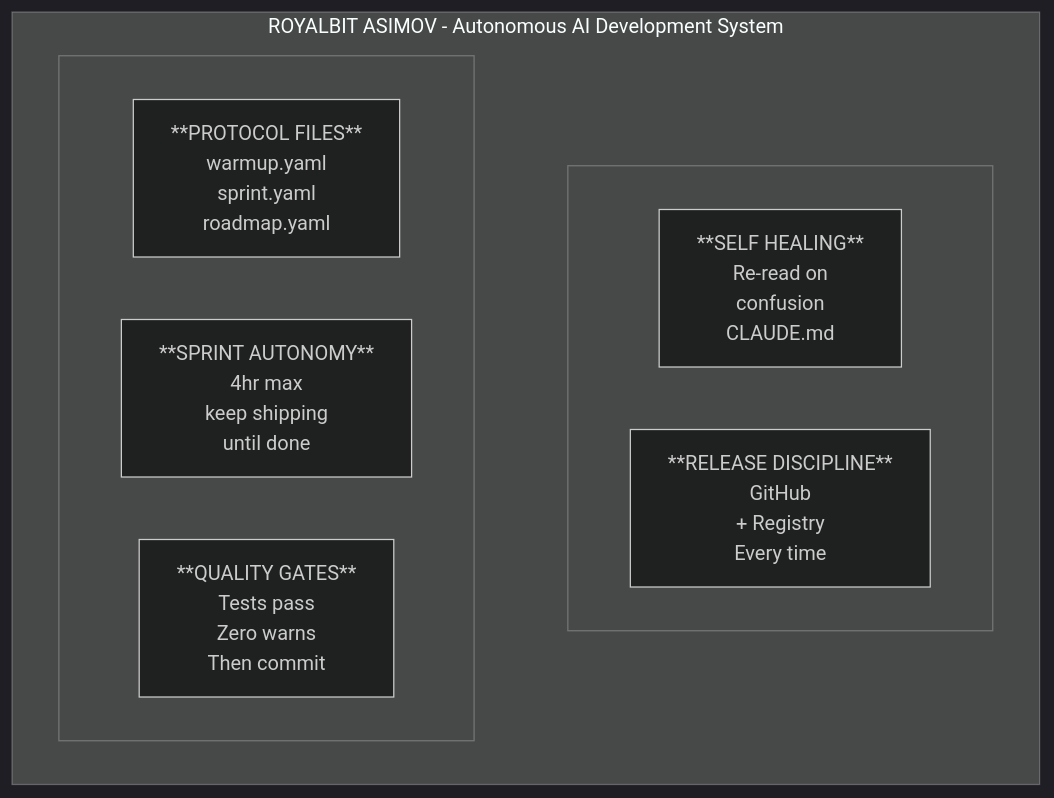
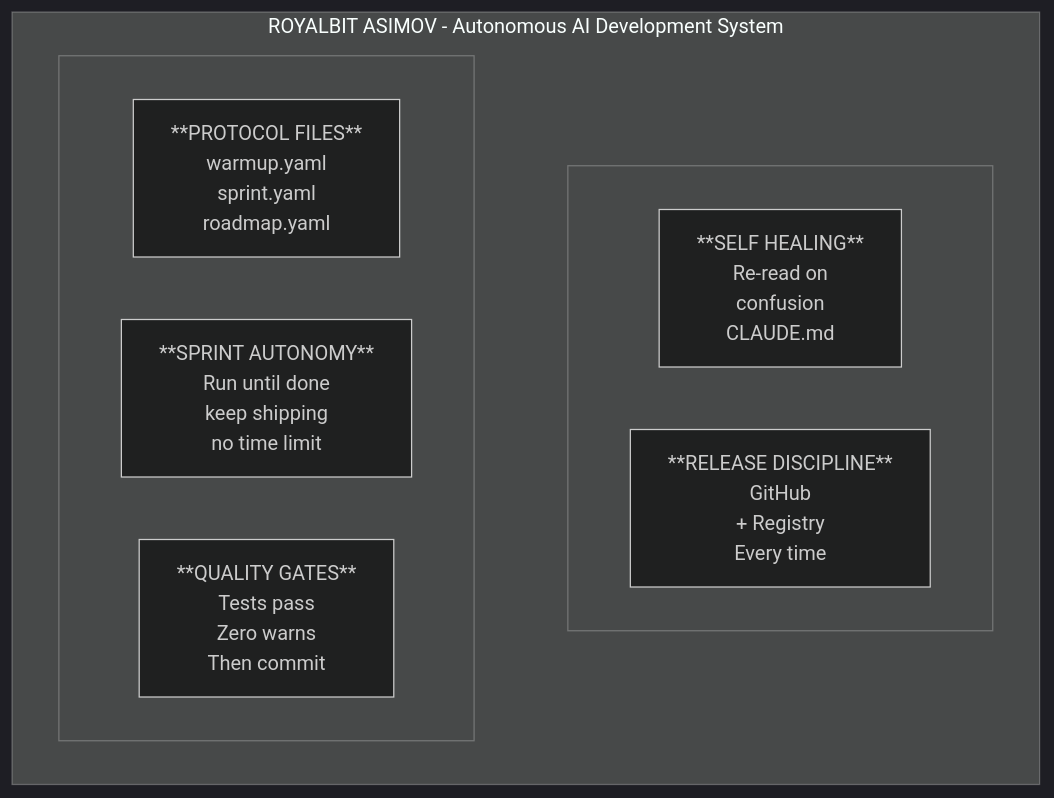
One commit to royalbit/asimov changed the first of 4 diagrams in docs/SPECIFICATION.md. Above: the diagram before and after it, drawn with Mermaid (dark theme). The commit also changed other lines of this file and 43 other files, not shown here.

````diff
--- a/docs/SPECIFICATION.md
+++ b/docs/SPECIFICATION.md
@@ -120,17 +120,17 @@
 ```mermaid
 flowchart TB
     subgraph asimov["ROYALBIT ASIMOV - Autonomous AI Development System"]
         subgraph row1[" "]
             direction LR
             P["**PROTOCOL FILES**<br/>warmup.yaml<br/>sprint.yaml<br/>roadmap.yaml"]
-            S["**SPRINT AUTONOMY**<br/>4hr max<br/>keep shipping<br/>until done"]
+            S["**SPRINT AUTONOMY**<br/>Run until done<br/>keep shipping<br/>no time limit"]
             Q["**QUALITY GATES**<br/>Tests pass<br/>Zero warns<br/>Then commit"]
         end
         subgraph row2[" "]
             direction LR
             H["**SELF HEALING**<br/>Re-read on<br/>confusion<br/>CLAUDE.md"]
             R["**RELEASE DISCIPLINE**<br/>GitHub<br/>+ Registry<br/>Every time"]
         end
     end
     row1 ~~~ row2
 ```
````
